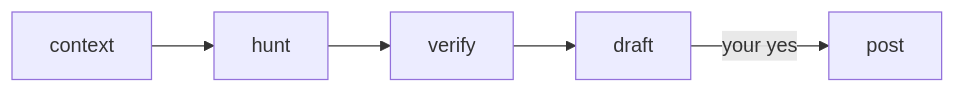
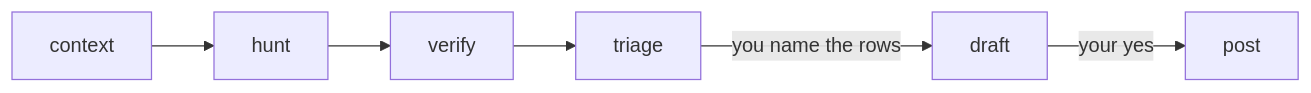
Before and after one commit to abdelrahman-elkady/skills: the diagram in skills/review-pr/README.md, drawn with Mermaid. The commit also changed other lines of this file and 2 other files, not shown here.

````diff
--- a/skills/review-pr/README.md
+++ b/skills/review-pr/README.md
@@ -5,4 +16,4 @@
 ```mermaid
 flowchart LR
-  context --> hunt --> verify --> draft -->|your yes| post
+  context --> hunt --> verify --> triage -->|you name the rows| draft -->|your yes| post
 ```
````
